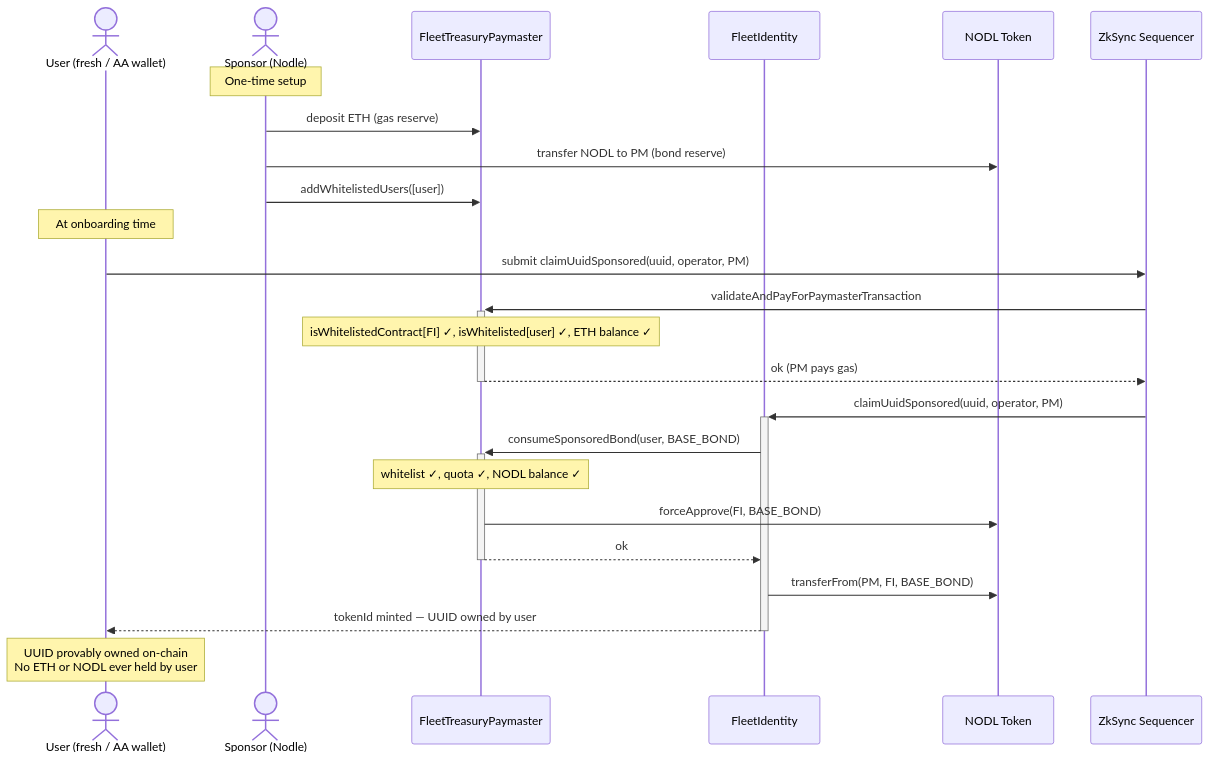
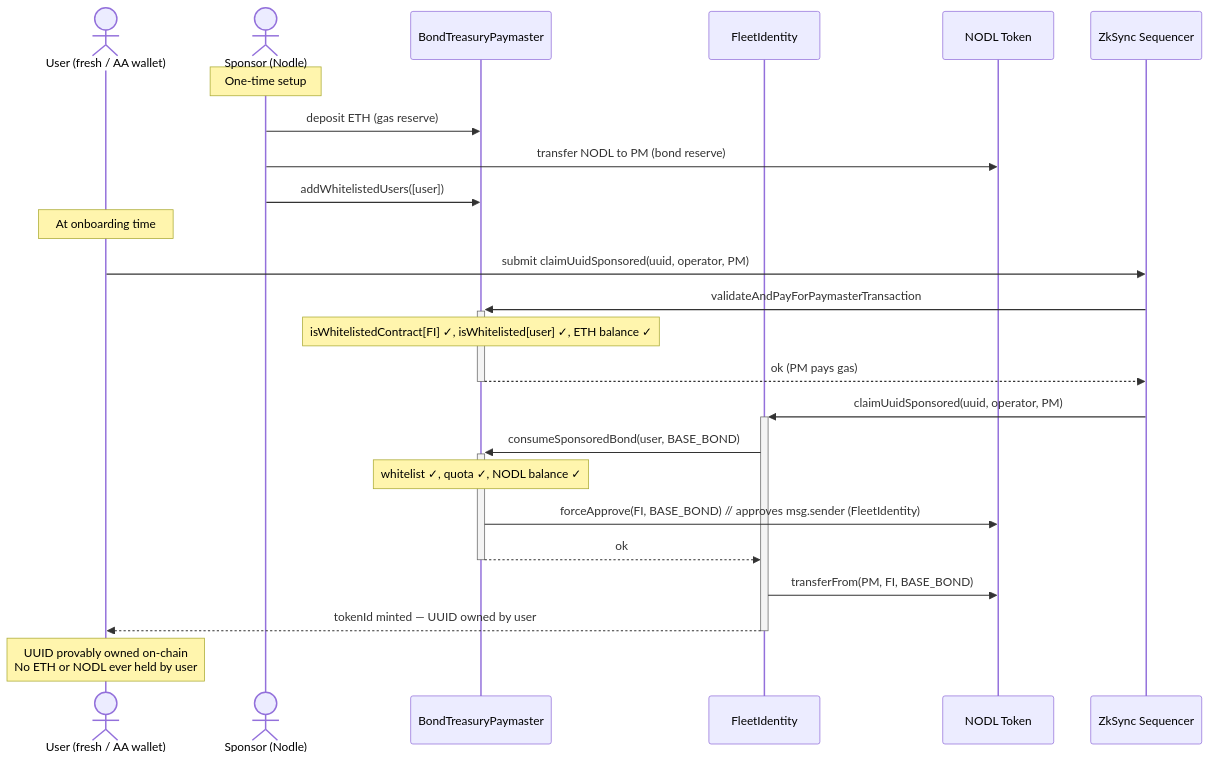
Before and after one commit to NodleCode/rollup: diagram 16 of 16 in src/swarms/doc/spec/swarm-specification.md, drawn with Mermaid. The commit also changed other lines of this file and 2 other files, not shown here.

First line of the commit message:
Add BondTreasuryPaymaster contract and associated tests

````diff
--- a/src/swarms/doc/spec/swarm-specification.md
+++ b/src/swarms/doc/spec/swarm-specification.md
@@ -1543,30 +1542,30 @@
 ```mermaid
 sequenceDiagram
     actor User as User (fresh / AA wallet)
     actor Sponsor as Sponsor (Nodle)
-    participant PM as FleetTreasuryPaymaster
+    participant PM as BondTreasuryPaymaster
     participant FI as FleetIdentity
     participant TOKEN as NODL Token
     participant ZK as ZkSync Sequencer
 
     Note over Sponsor: One-time setup
     Sponsor->>PM: deposit ETH (gas reserve)
     Sponsor->>TOKEN: transfer NODL to PM (bond reserve)
     Sponsor->>PM: addWhitelistedUsers([user])
 
     Note over User: At onboarding time
     User->>ZK: submit claimUuidSponsored(uuid, operator, PM)
     ZK->>+PM: validateAndPayForPaymasterTransaction
     Note over PM: isWhitelistedContract[FI] ✓, isWhitelisted[user] ✓, ETH balance ✓
     PM-->>-ZK: ok (PM pays gas)
 
     ZK->>+FI: claimUuidSponsored(uuid, operator, PM)
     FI->>+PM: consumeSponsoredBond(user, BASE_BOND)
     Note over PM: whitelist ✓, quota ✓, NODL balance ✓
-    PM->>TOKEN: forceApprove(FI, BASE_BOND)
+    PM->>TOKEN: forceApprove(FI, BASE_BOND)  // approves msg.sender (FleetIdentity)
     PM-->>-FI: ok
     FI->>TOKEN: transferFrom(PM, FI, BASE_BOND)
     FI-->>-User: tokenId minted — UUID owned by user
 
     Note over User: UUID provably owned on-chain<br/>No ETH or NODL ever held by user
 ```
````
